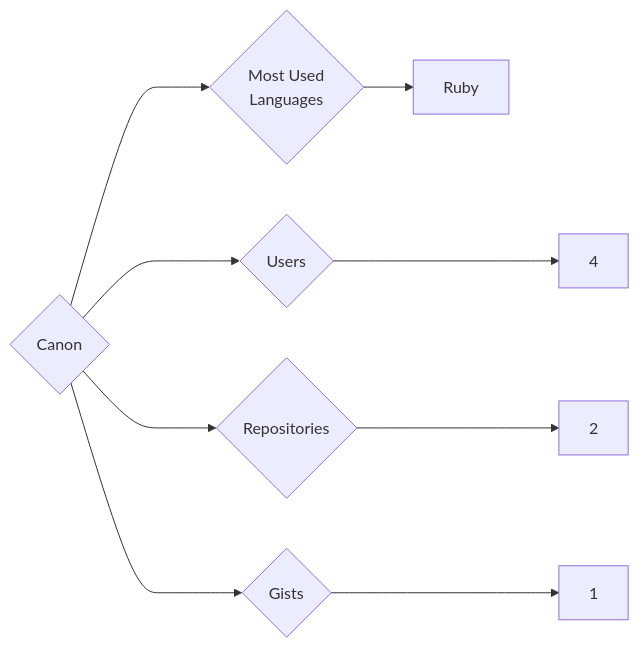
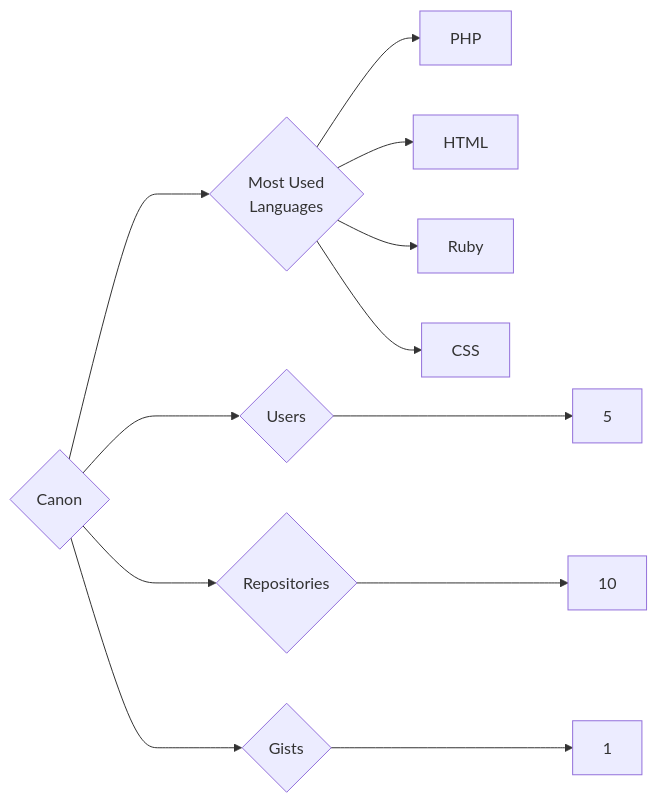
The diagram in targets/Canon/README.md (trickest/insiders), drawn with Mermaid before and after one commit. The commit also changed 723 other files, not shown here.

````diff
--- a/targets/Canon/README.md
+++ b/targets/Canon/README.md
@@ -3,9 +3,12 @@
 ```mermaid
 graph LR
 COMPANY_NAME{Canon}
-COMPANY_NAME ---> U{Users} ---> UN[4]
-COMPANY_NAME ---> R{Repositories} ---> RN[2]
+COMPANY_NAME ---> U{Users} ---> UN[5]
+COMPANY_NAME ---> R{Repositories} ---> RN[10]
 COMPANY_NAME ---> G{Gists} ---> GN[1]
 COMPANY_NAME ---> ML{Most Used<br>Languages}
+ML --> PHP[PHP]
+ML --> HTML[HTML]
 ML --> Ruby[Ruby]
+ML --> CSS[CSS]
 ```
````
